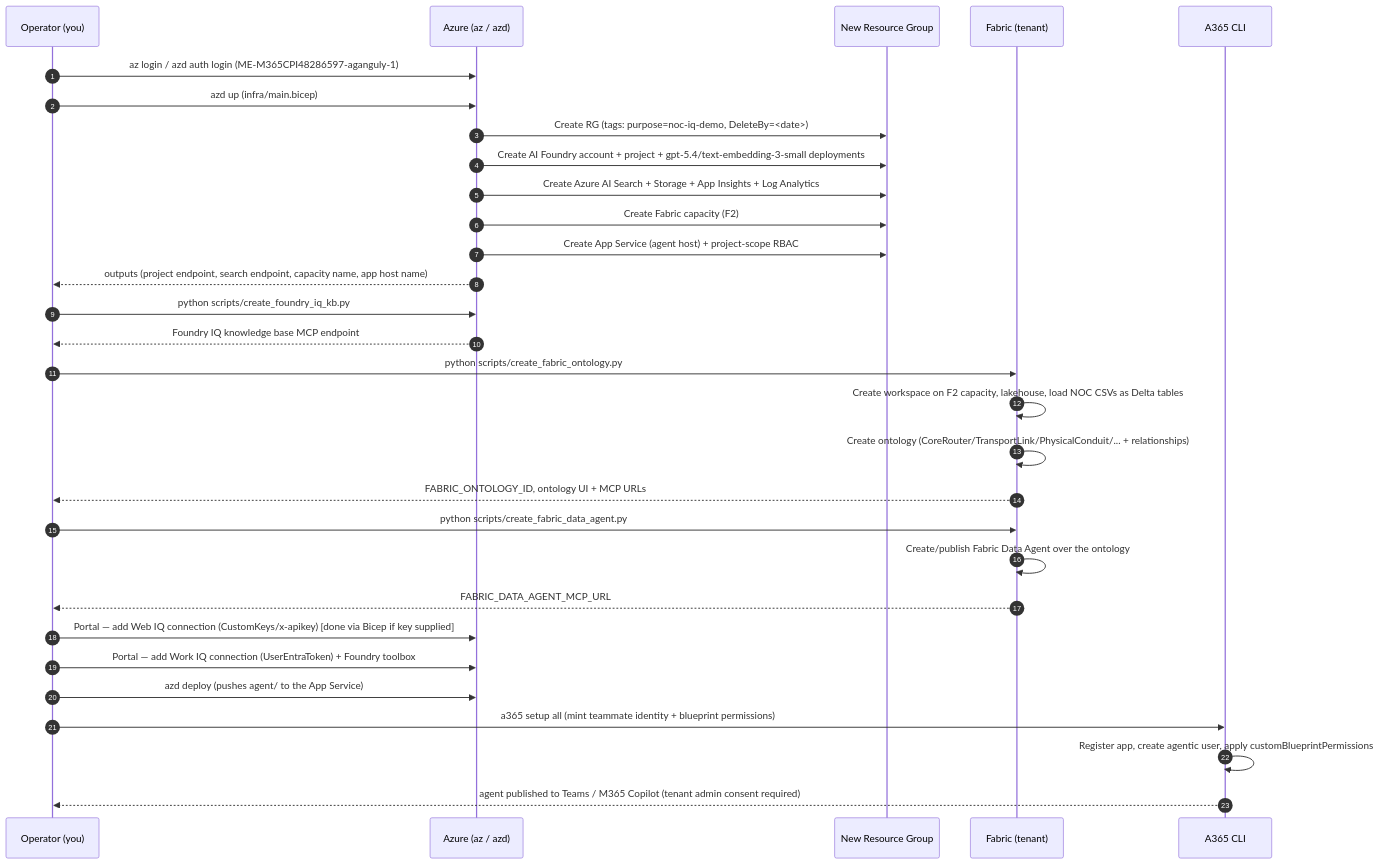
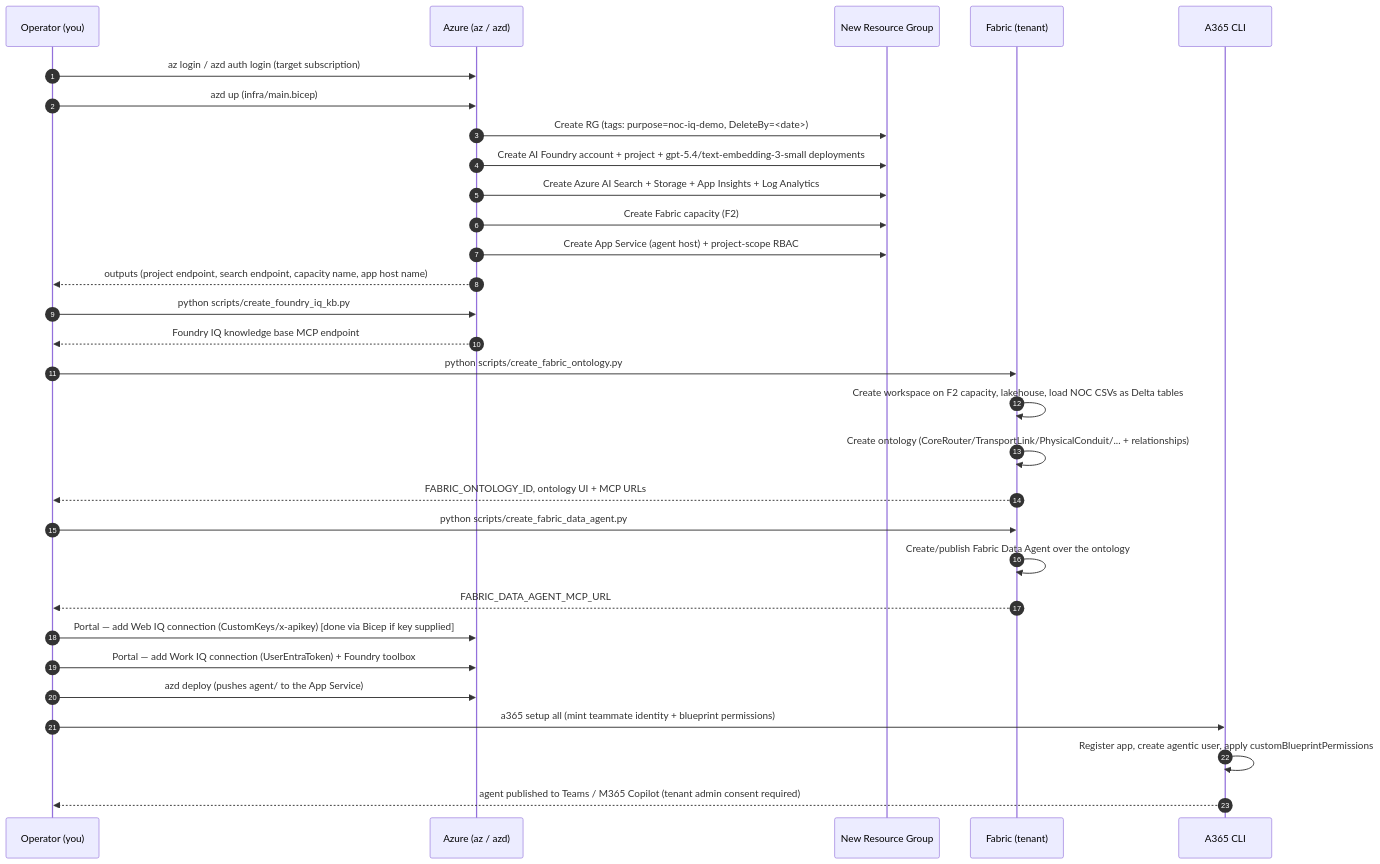
Before and after one commit to anihitk07/noc-agent-a365: the first of 2 diagrams in docs/SEQUENCE.md, drawn with Mermaid. The commit also changed 2 other files, not shown here.

Commit message:
docs+infra: fold all troubleshooting fixes into deployment steps; redact tenant identifiers
- infra/main.bicep: raise gpt-5.4 fallback deployment capacity 50K->150K TPM
  (matches the live fix applied to resolve 429 rate_limit_exceeded).
- docs/DEPLOYMENT.md: add required manual steps discovered during
  troubleshooting that were previously undocumented: (4a) building the
  Fabric GraphModel's node/edge types on the graph canvas -- the deepest
  root cause of the Fabric IQ outage, not automated by any script; (4b)
  granting the Agent Identity Fabric API consent + Fabric workspace RBAC;
  (6a) granting Work IQ's 7 Graph delegated-permission scopes. Redacted
  tenant/subscription-specific identifiers (subscription name, tenant
  domain, temp automation app id) in favor of generic placeholders.

Copilot-Session: 7ad3e12a-afc6-4476-a86b-30a5a3762ce5

````diff
--- a/docs/SEQUENCE.md
+++ b/docs/SEQUENCE.md
@@ -5,38 +5,38 @@
 ```mermaid
 sequenceDiagram
     autonumber
     participant Op as Operator (you)
     participant Az as Azure (az / azd)
     participant RG as New Resource Group
     participant Fab as Fabric (tenant)
     participant A365 as A365 CLI
 
-    Op->>Az: az login / azd auth login (ME-M365CPI48286597-aganguly-1)
+    Op->>Az: az login / azd auth login (target subscription)
     Op->>Az: azd up  (infra/main.bicep)
     Az->>RG: Create RG (tags: purpose=noc-iq-demo, DeleteBy=<date>)
     Az->>RG: Create AI Foundry account + project + gpt-5.4/text-embedding-3-small deployments
     Az->>RG: Create Azure AI Search + Storage + App Insights + Log Analytics
     Az->>RG: Create Fabric capacity (F2)
     Az->>RG: Create App Service (agent host) + project-scope RBAC
     Az-->>Op: outputs (project endpoint, search endpoint, capacity name, app host name)
 
     Op->>Az: python scripts/create_foundry_iq_kb.py
     Az-->>Op: Foundry IQ knowledge base MCP endpoint
 
     Op->>Fab: python scripts/create_fabric_ontology.py
     Fab->>Fab: Create workspace on F2 capacity, lakehouse, load NOC CSVs as Delta tables
     Fab->>Fab: Create ontology (CoreRouter/TransportLink/PhysicalConduit/... + relationships)
     Fab-->>Op: FABRIC_ONTOLOGY_ID, ontology UI + MCP URLs
 
     Op->>Fab: python scripts/create_fabric_data_agent.py
     Fab->>Fab: Create/publish Fabric Data Agent over the ontology
     Fab-->>Op: FABRIC_DATA_AGENT_MCP_URL
 
     Op->>Az: Portal — add Web IQ connection (CustomKeys/x-apikey) [done via Bicep if key supplied]
     Op->>Az: Portal — add Work IQ connection (UserEntraToken) + Foundry toolbox
     Op->>Az: azd deploy  (pushes agent/ to the App Service)
 
     Op->>A365: a365 setup all  (mint teammate identity + blueprint permissions)
     A365->>A365: Register app, create agentic user, apply customBlueprintPermissions
     A365-->>Op: agent published to Teams / M365 Copilot (tenant admin consent required)
 ```
````
